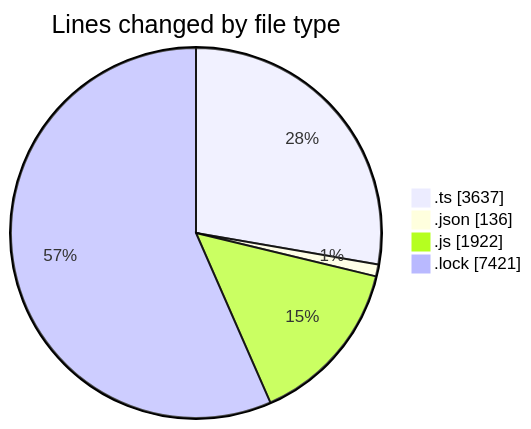
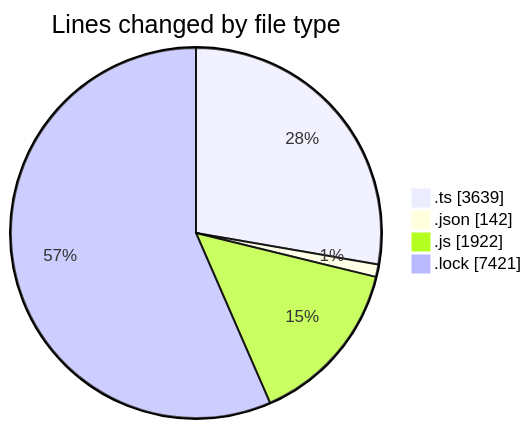
The first of 2 diagrams in 2025-07-30/cda/README.md (momahboobian/code-tracking), drawn with Mermaid before and after one commit. The commit also changed other lines of this file and 1 other file, not shown here.

````diff
--- a/2025-07-30/cda/README.md
+++ b/2025-07-30/cda/README.md
@@ -29,8 +29,8 @@
 ```mermaid
 pie showData
 title Lines changed by file type
-".ts" : 3637
-".json" : 136
+".ts" : 3639
+".json" : 142
 ".js" : 1922
 ".lock" : 7421
 ```
````
